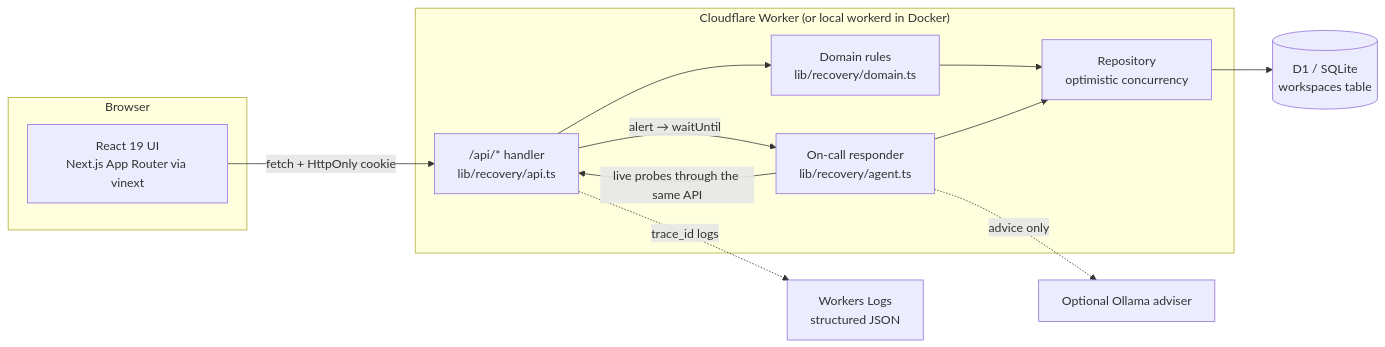
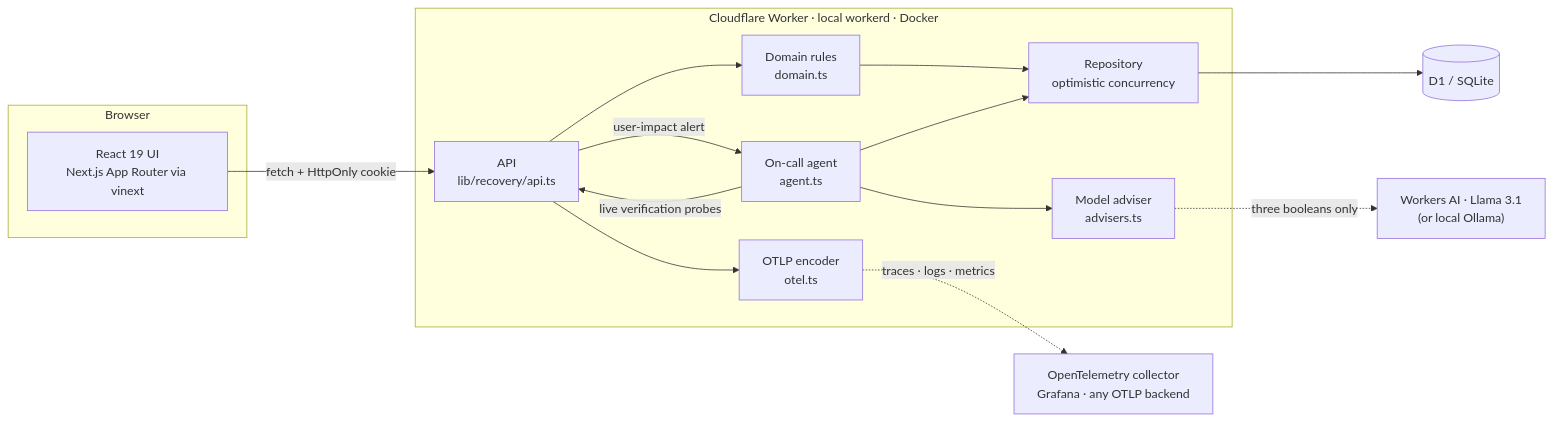
One commit to cssaritama/Service-Recovery-Lab changed the first of 2 diagrams in README.md. Above: the diagram before and after it, drawn with Mermaid. The commit also changed other lines of this file and 9 other files, not shown here.

First line of the commit message:
README for executive readers; docs for the AI adviser and OpenTelemetry

````diff
--- a/README.md
+++ b/README.md
@@ -116,23 +93,25 @@
 ```mermaid
 flowchart LR
   subgraph Browser
     UI["React 19 UI<br/>Next.js App Router via vinext"]
   end
-  subgraph Worker["Cloudflare Worker (or local workerd in Docker)"]
-    API["/api/* handler<br/>lib/recovery/api.ts"]
-    DOM["Domain rules<br/>lib/recovery/domain.ts"]
-    AG["On-call responder<br/>lib/recovery/agent.ts"]
+  subgraph Worker["Cloudflare Worker · local workerd · Docker"]
+    API["API<br/>lib/recovery/api.ts"]
+    DOM["Domain rules<br/>domain.ts"]
+    AG["On-call agent<br/>agent.ts"]
+    ADV["Model adviser<br/>advisers.ts"]
+    OT["OTLP encoder<br/>otel.ts"]
     REPO["Repository<br/>optimistic concurrency"]
   end
-  DB[("D1 / SQLite<br/>workspaces table")]
-  LOGS["Workers Logs<br/>structured JSON"]
-  LLM["Optional Ollama adviser"]
+  DB[("D1 / SQLite")]
+  AI["Workers AI · Llama 3.1<br/>(or local Ollama)"]
+  COL["OpenTelemetry collector<br/>Grafana · any OTLP backend"]
 
   UI -- "fetch + HttpOnly cookie" --> API
   API --> DOM
-  API -- "alert → waitUntil" --> AG
-  AG -- "live probes through the same API" --> API
+  API -- "user-impact alert" --> AG
+  AG -- "live verification probes" --> API
+  AG --> ADV -. "three booleans only" .-> AI
   DOM & AG --> REPO --> DB
-  API -. "trace_id logs" .-> LOGS
-  AG -. "advice only" .-> LLM
+  API --> OT -. "traces · logs · metrics" .-> COL
 ```
````
